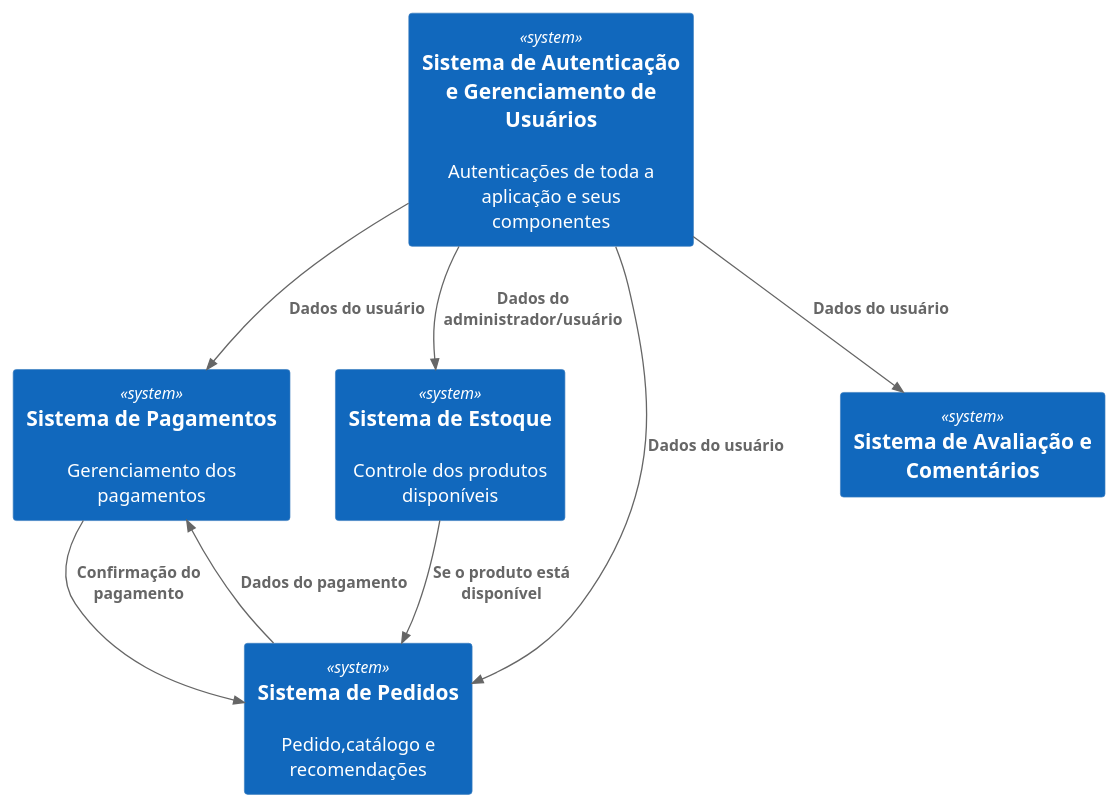
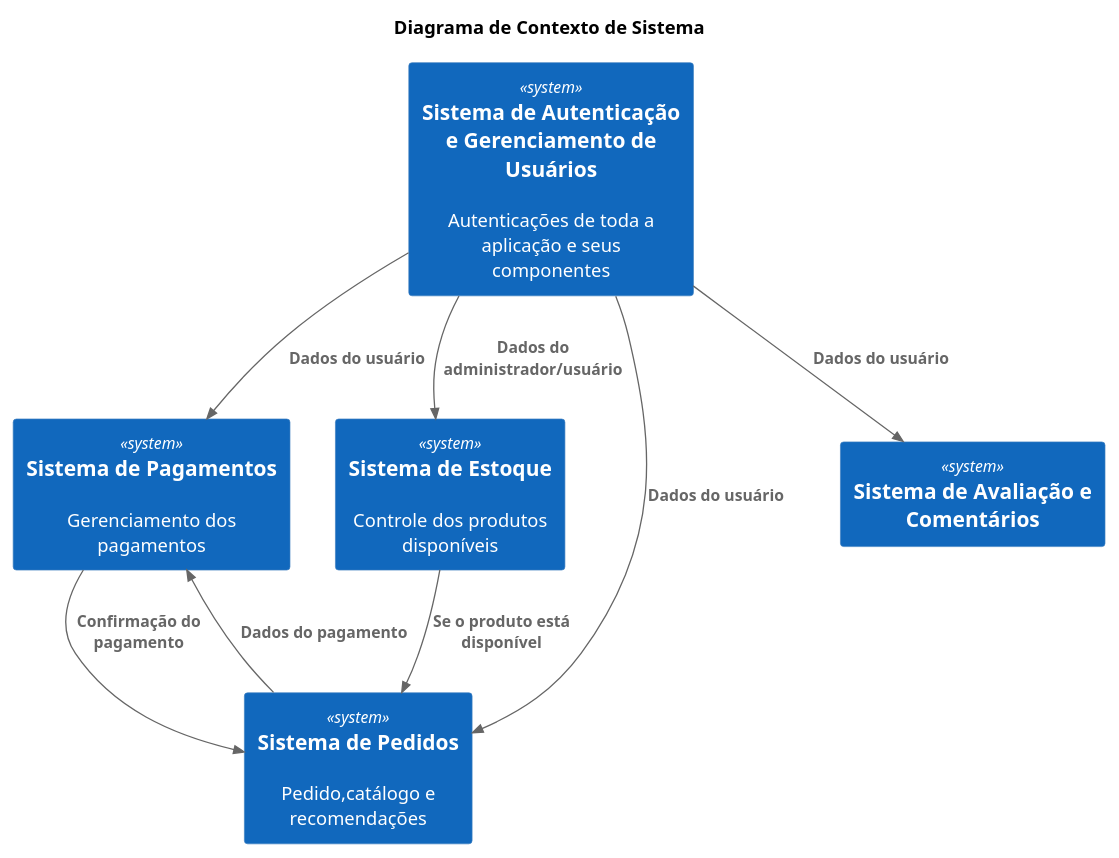
Before and after one commit to GustavoST868/C4_Plantuml: the diagram in Diagrama_Contexto_Systema.plantuml, drawn with PlantUML. The commit also changed 3 other files, not shown here.

```diff
--- a/Diagrama_Contexto_Systema.plantuml
+++ b/Diagrama_Contexto_Systema.plantuml
@@ -1,23 +1,24 @@
 @startuml C4_Elements
 !include https://raw.githubusercontent.com/plantuml-stdlib/C4-PlantUML/master/C4_Container.puml
 
+title Diagrama de Contexto de Sistema
 
 System(autenticacao_gerenciamento, "Sistema de Autenticação e Gerenciamento de Usuários", "Autenticações de toda a aplicação e seus componentes", "")
 System(pagamentos, "Sistema de Pagamentos", "Gerenciamento dos pagamentos", "")
 System(estoque, "Sistema de Estoque", "Controle dos produtos disponíveis", "")
 System(pedidos, "Sistema de Pedidos", "Pedido,catálogo e recomendações", "")
 System(avaliacao_comentarios, "Sistema de Avaliação e Comentários", "", "")
 
 
 Rel(autenticacao_gerenciamento,pedidos,"Dados do usuário","")
 Rel(autenticacao_gerenciamento,pagamentos,"Dados do usuário","")
 Rel(autenticacao_gerenciamento,avaliacao_comentarios,"Dados do usuário","")
 Rel(autenticacao_gerenciamento,estoque,"Dados do administrador/usuário","")
 
 Rel(pedidos,pagamentos,"Dados do pagamento","")
 Rel(pagamentos,pedidos,"Confirmação do pagamento","")
 
 Rel(estoque,pedidos,"Se o produto está disponível","")
 
 
 @enduml
```
